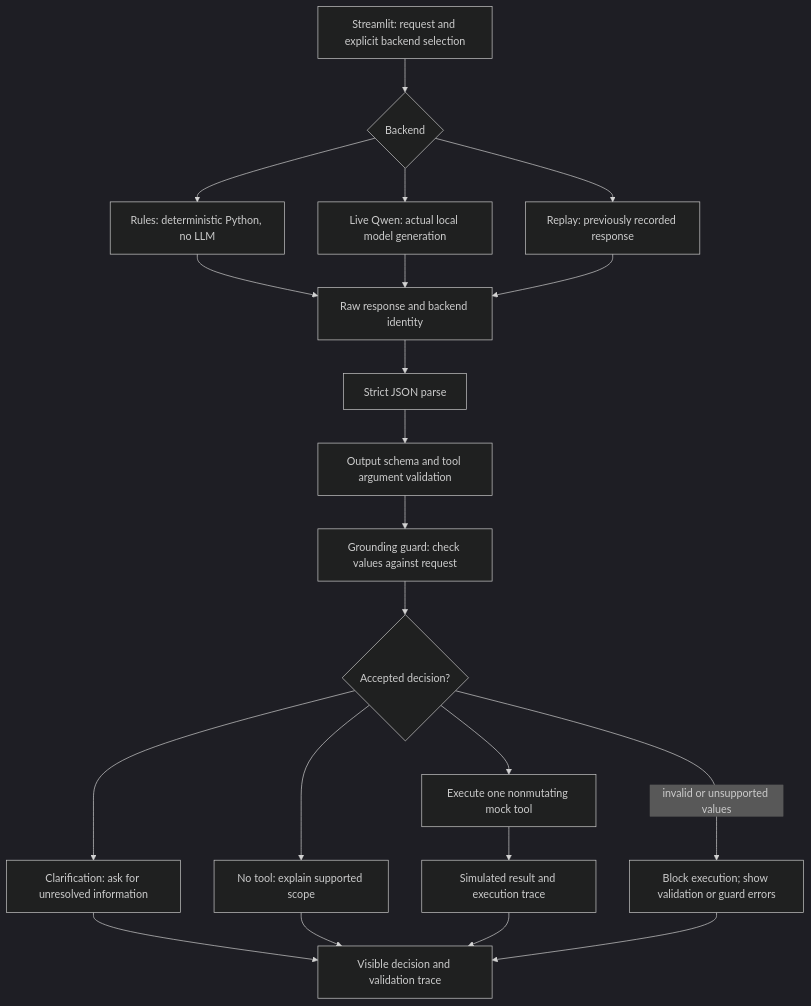
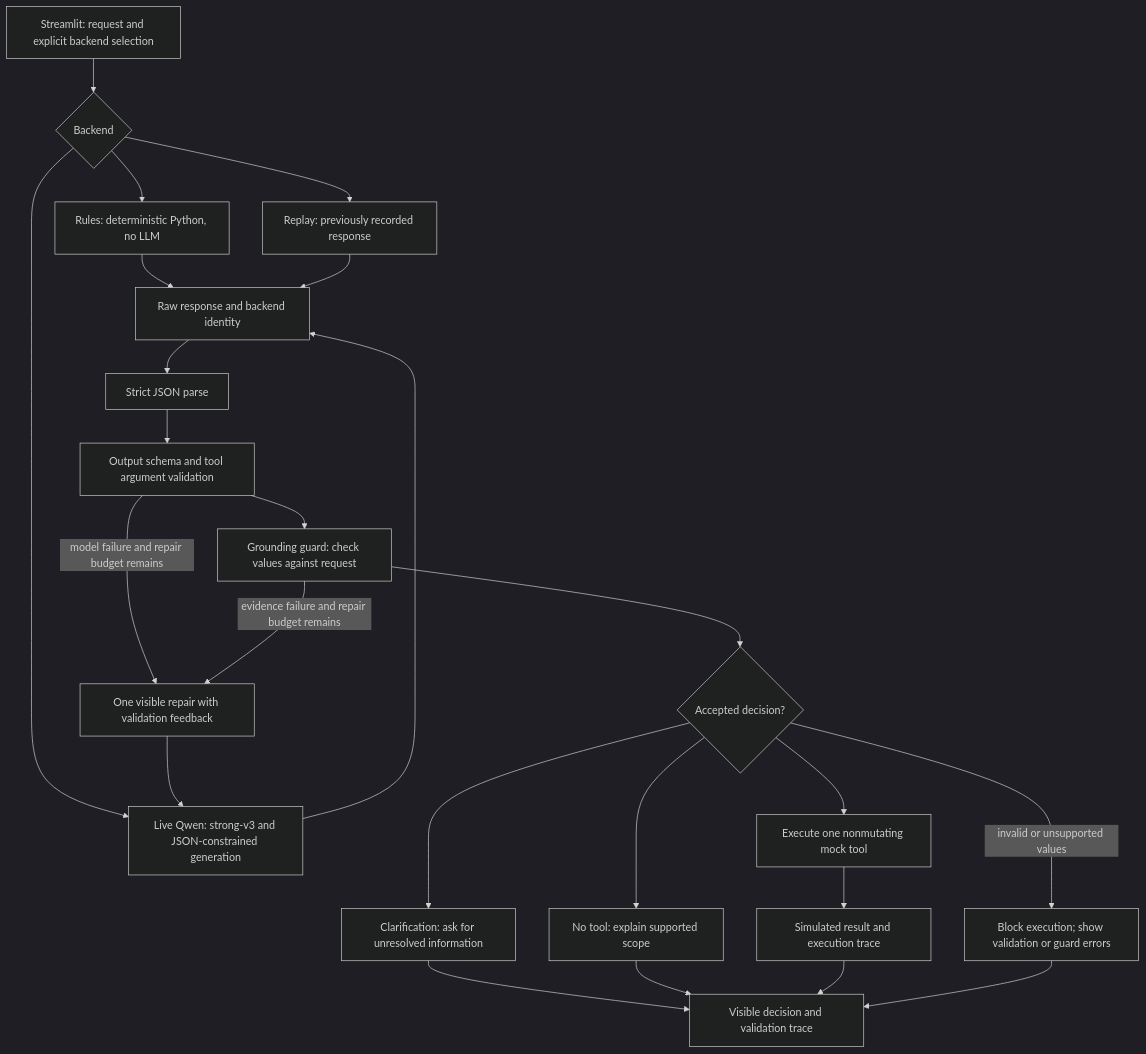
Before and after one commit to manjunadhgude/TuneBench: the first of 2 diagrams in docs/architecture.md, drawn with Mermaid (dark theme). The commit also changed other lines of this file and 46 other files, not shown here.

````diff
--- a/docs/architecture.md
+++ b/docs/architecture.md
@@ -10,23 +10,26 @@
 ```mermaid
 flowchart TD
     UI[Streamlit: request and explicit backend selection] --> Router{Backend}
     Router --> Rules[Rules: deterministic Python, no LLM]
-    Router --> Qwen[Live Qwen: actual local model generation]
+    Router --> Qwen[Live Qwen: strong-v3 and JSON-constrained generation]
     Router --> Replay[Replay: previously recorded response]
     Rules --> Raw[Raw response and backend identity]
     Qwen --> Raw
     Replay --> Raw
     Raw --> Parse[Strict JSON parse]
     Parse --> Validate[Output schema and tool argument validation]
     Validate --> Ground[Grounding guard: check values against request]
     Ground --> Decision{Accepted decision?}
+    Validate -->|model failure and repair budget remains| Repair[One visible repair with validation feedback]
+    Ground -->|evidence failure and repair budget remains| Repair
+    Repair --> Qwen
     Decision --> Clarify[Clarification: ask for unresolved information]
     Decision --> None[No tool: explain supported scope]
     Decision --> Execute[Execute one nonmutating mock tool]
     Execute --> Result[Simulated result and execution trace]
     Clarify --> Trace[Visible decision and validation trace]
     None --> Trace
     Result --> Trace
     Decision -->|invalid or unsupported values| Block[Block execution; show validation or guard errors]
     Block --> Trace
 ```
````
